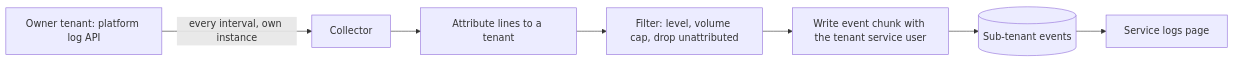
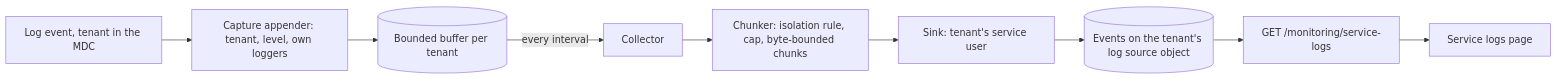
Before and after one commit to Cumulocity-IoT/cumulocity-dynamic-mapper: the diagram in docs/feature/service-logs.md, drawn with Mermaid. The commit also changed other lines of this file and 33 other files, not shown here.

Commit message:
using 2. approach with log appender to extract logs

````diff
--- a/docs/feature/service-logs.md
+++ b/docs/feature/service-logs.md
@@ -57,9 +48,11 @@
 ```mermaid
 flowchart LR
-  A[Owner tenant: platform log API] -->|every interval, own instance| B[Collector]
-  B --> C[Attribute lines to a tenant]
-  C --> D[Filter: level, volume cap, drop unattributed]
-  D --> E[Write event chunk with the tenant service user]
-  E --> F[(Sub-tenant events)]
-  F --> G[Service logs page]
+  A[Log event, tenant in the MDC] --> B[Capture appender: tenant, level, own loggers]
+  B --> C[(Bounded buffer per tenant)]
+  C -->|every interval| D[Collector]
+  D --> E[Chunker: isolation rule, cap, byte-bounded chunks]
+  E --> F[Sink: tenant's service user]
+  F --> G[(Events on the tenant's log source object)]
+  G --> H[GET /monitoring/service-logs]
+  H --> I[Service logs page]
 ```
````
